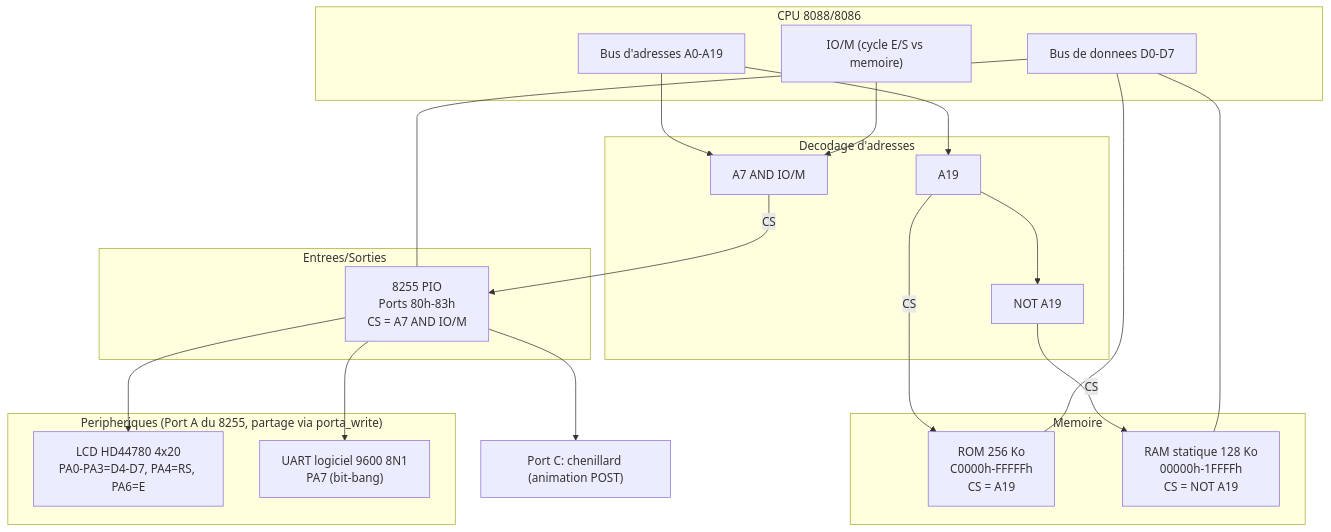
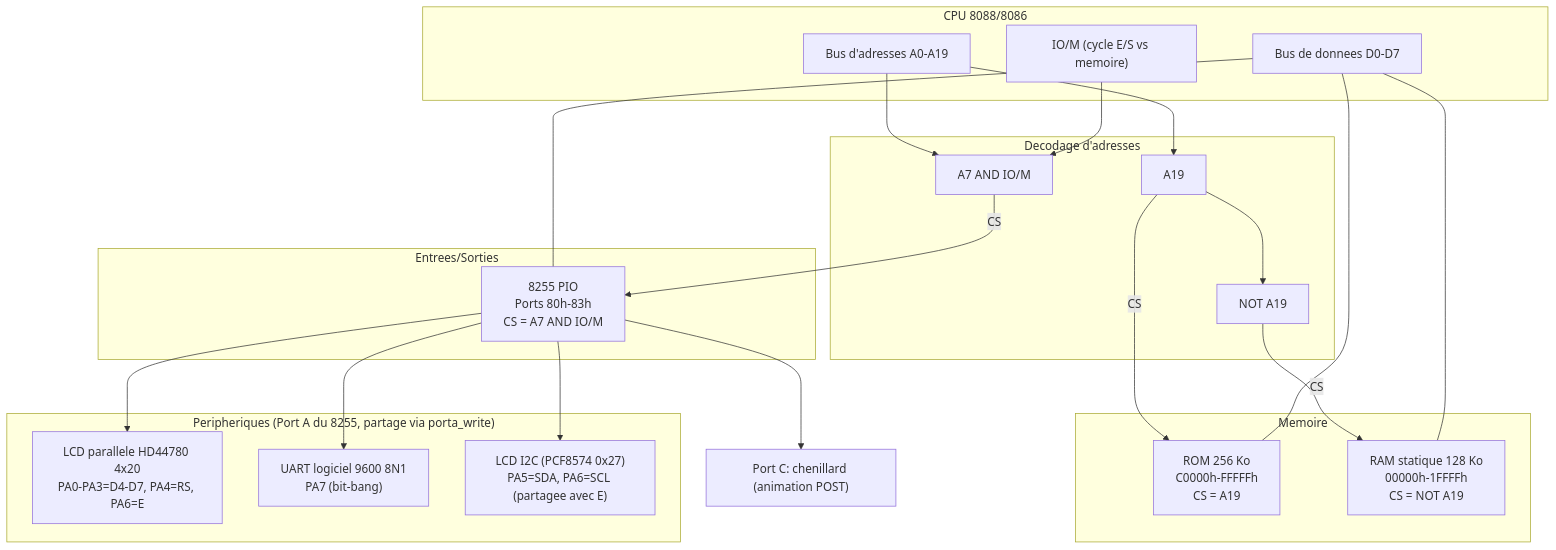
The diagram in breadboard/Solution-01/README.md (ve2cuy/i86), drawn with Mermaid before and after one commit. The commit also changed other lines of this file and 4 other files, not shown here.

First line of the commit message:
Ajoute l'acces I2C logiciel a un second LCD (PCF8574 0x27)

````diff
--- a/breadboard/Solution-01/README.md
+++ b/breadboard/Solution-01/README.md
@@ -53,47 +64,49 @@
 ```mermaid
 flowchart TD
     subgraph CPU["CPU 8088/8086"]
         AB["Bus d'adresses A0-A19"]
         DB["Bus de donnees D0-D7"]
         IOM["IO/M (cycle E/S vs memoire)"]
     end
 
     subgraph DEC["Decodage d'adresses"]
         A19G["A19"]
         NOTA19["NOT A19"]
         A7IO["A7 AND IO/M"]
     end
 
     subgraph MEM["Memoire"]
         ROM["ROM 256 Ko\nC0000h-FFFFFh\nCS = A19"]
         RAM["RAM statique 128 Ko\n00000h-1FFFFh\nCS = NOT A19"]
     end
 
     subgraph IOBLK["Entrees/Sorties"]
         PIO["8255 PIO\nPorts 80h-83h\nCS = A7 AND IO/M"]
     end
 
     subgraph PERIPH["Peripheriques (Port A du 8255, partage via porta_write)"]
-        LCD["LCD HD44780 4x20\nPA0-PA3=D4-D7, PA4=RS, PA6=E"]
+        LCD["LCD parallele HD44780 4x20\nPA0-PA3=D4-D7, PA4=RS, PA6=E"]
         UART["UART logiciel 9600 8N1\nPA7 (bit-bang)"]
+        I2CLCD["LCD I2C (PCF8574 0x27)\nPA5=SDA, PA6=SCL (partagee avec E)"]
     end
 
     LED["Port C: chenillard (animation POST)"]
 
     AB --> A19G
     A19G --> NOTA19
     AB --> A7IO
     IOM --> A7IO
 
     A19G -->|CS| ROM
     NOTA19 -->|CS| RAM
     A7IO -->|CS| PIO
 
     DB --- ROM
     DB --- RAM
     DB --- PIO
 
     PIO --> LCD
     PIO --> UART
+    PIO --> I2CLCD
     PIO --> LED
 ```
````
